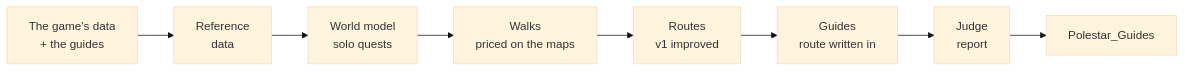
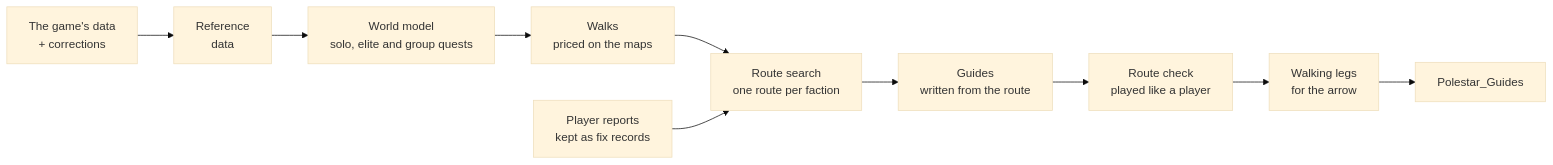
Before and after one commit to fitzforge/polestar: the diagram in README.md, drawn with Mermaid (base theme). The commit also changed other lines of this file and 16 other files, not shown here.

Commit message:
docs: describe the 0.3.0 routes (how they are made, 0.2.6 against 0.3.0 by the route check), route chart from forge judge check

````diff
--- a/README.md
+++ b/README.md
@@ -779,10 +792,12 @@
 ```mermaid
 flowchart LR
-  game["The game's data<br/>+ the guides"] --> data["Reference<br/>data"]
-  data --> world["World model<br/>solo quests"]
+  game["The game's data<br/>+ corrections"] --> data["Reference<br/>data"]
+  data --> world["World model<br/>solo, elite and group quests"]
   world --> walks["Walks<br/>priced on the maps"]
-  walks --> routes["Routes<br/>v1 improved"]
-  routes --> guides["Guides<br/>route written in"]
-  guides --> judge["Judge<br/>report"]
-  judge --> addon["Polestar_Guides"]
+  walks --> routes["Route search<br/>one route per faction"]
+  fixes["Player reports<br/>kept as fix records"] --> routes
+  routes --> guides["Guides<br/>written from the route"]
+  guides --> check["Route check<br/>played like a player"]
+  check --> legs["Walking legs<br/>for the arrow"]
+  legs --> addon["Polestar_Guides"]
 ```
````
